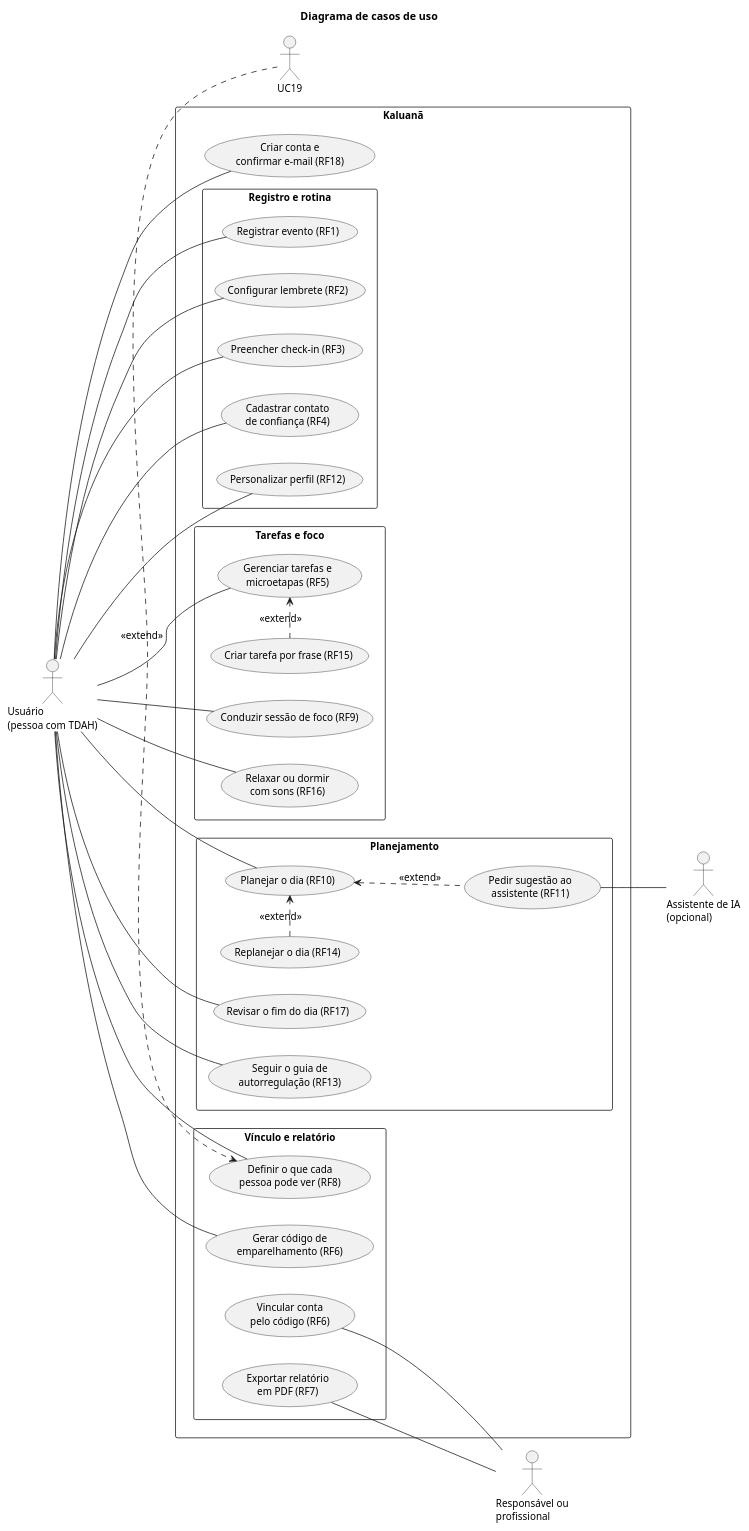
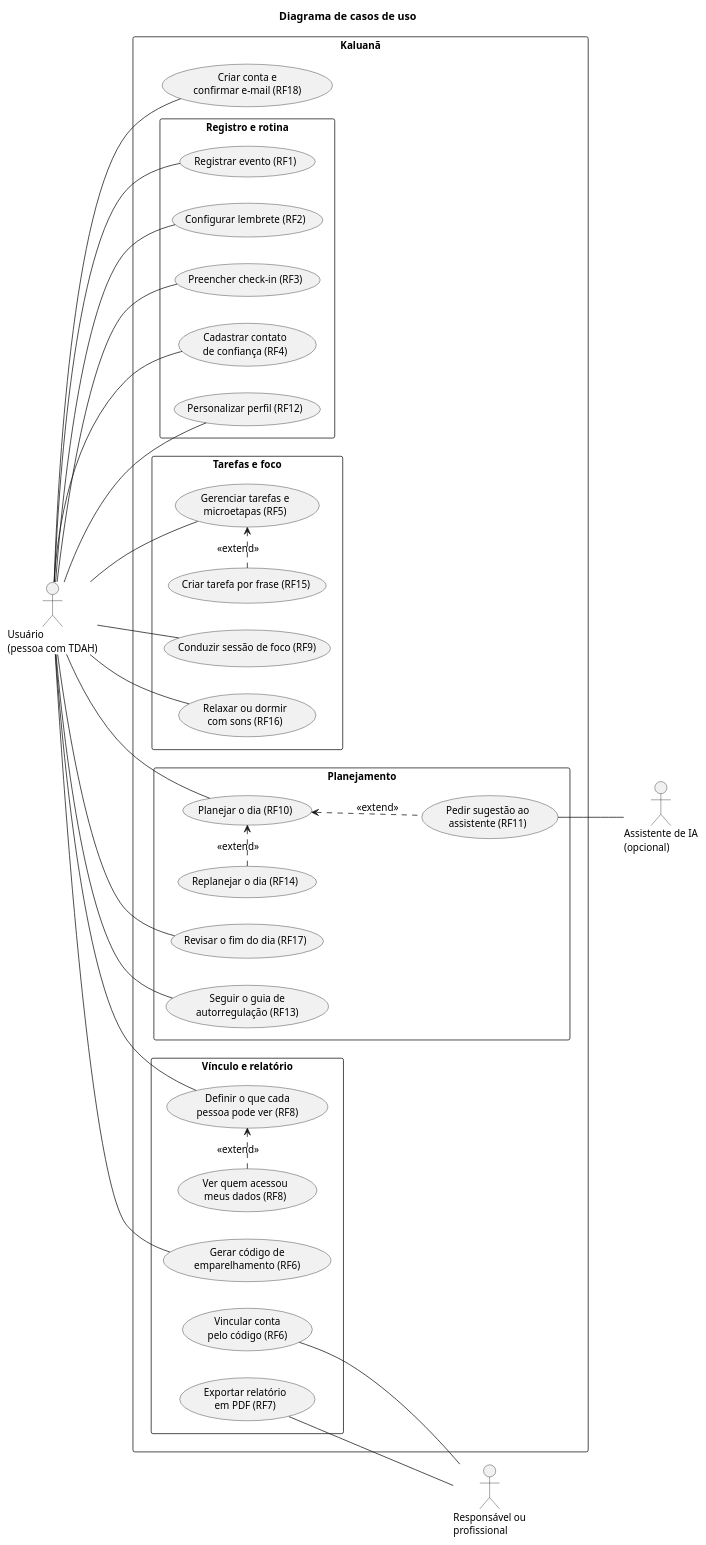
One commit to roobertoAlves/kaluana-backend changed the diagram in diagrams/use-case-diagram.puml. Above: the diagram before and after it, drawn with PlantUML. The commit also changed 4 other files, not shown here.

Commit message:
docs(diagramas): imagens regeneradas, consulta de acessos como extensão de RF8 e README em português

```diff
--- a/diagrams/use-case-diagram.puml
+++ b/diagrams/use-case-diagram.puml
@@ -1,70 +1,71 @@
 @startuml use-case-diagram
 left to right direction
 skinparam shadowing false
 skinparam packageStyle rectangle
 skinparam defaultFontSize 13
 title Diagrama de casos de uso
 
 actor "Usuário\n(pessoa com TDAH)" as Usuario
 actor "Responsável ou\nprofissional" as Responsavel
 actor "Assistente de IA\n(opcional)" as IA
 
 rectangle "Kaluanã" {
   usecase "Criar conta e\nconfirmar e-mail (RF18)" as UC18
 
   package "Registro e rotina" {
     usecase "Registrar evento (RF1)" as UC1
     usecase "Configurar lembrete (RF2)" as UC2
     usecase "Preencher check-in (RF3)" as UC3
     usecase "Cadastrar contato\nde confiança (RF4)" as UC4
     usecase "Personalizar perfil (RF12)" as UC12
   }
 
   package "Tarefas e foco" {
     usecase "Gerenciar tarefas e\nmicroetapas (RF5)" as UC5
     usecase "Criar tarefa por frase (RF15)" as UC15
     usecase "Conduzir sessão de foco (RF9)" as UC9
     usecase "Relaxar ou dormir\ncom sons (RF16)" as UC16
   }
 
   package "Planejamento" {
     usecase "Planejar o dia (RF10)" as UC10
     usecase "Pedir sugestão ao\nassistente (RF11)" as UC11
     usecase "Replanejar o dia (RF14)" as UC14
     usecase "Revisar o fim do dia (RF17)" as UC17
     usecase "Seguir o guia de\nautorregulação (RF13)" as UC13
   }
 
   package "Vínculo e relatório" {
     usecase "Gerar código de\nemparelhamento (RF6)" as UC6
     usecase "Definir o que cada\npessoa pode ver (RF8)" as UC8
     usecase "Vincular conta\npelo código (RF6)" as UC6b
     usecase "Exportar relatório\nem PDF (RF7)" as UC7
+    usecase "Ver quem acessou\nmeus dados (RF8)" as UC19
   }
 }
 
 Usuario -- UC18
 Usuario -- UC1
 Usuario -- UC2
 Usuario -- UC3
 Usuario -- UC4
 Usuario -- UC12
 Usuario -- UC5
 Usuario -- UC9
 Usuario -- UC16
 Usuario -- UC10
 Usuario -- UC17
 Usuario -- UC13
 Usuario -- UC6
 Usuario -- UC8
 
 UC6b -- Responsavel
 UC7 -- Responsavel
 UC11 -- IA
 
 UC15 .> UC5 : <<extend>>
 UC11 .up.> UC10 : <<extend>>
 UC14 .> UC10 : <<extend>>
 UC19 .> UC8 : <<extend>>
 
 @enduml
```
